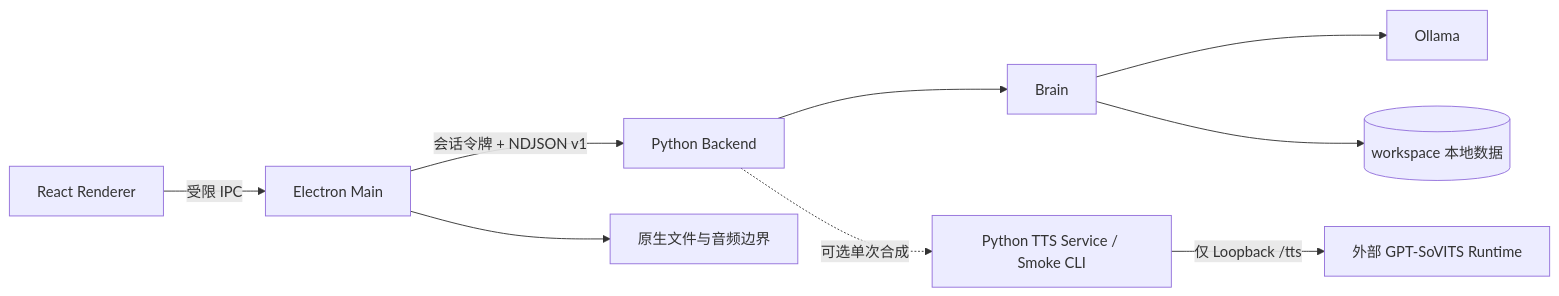
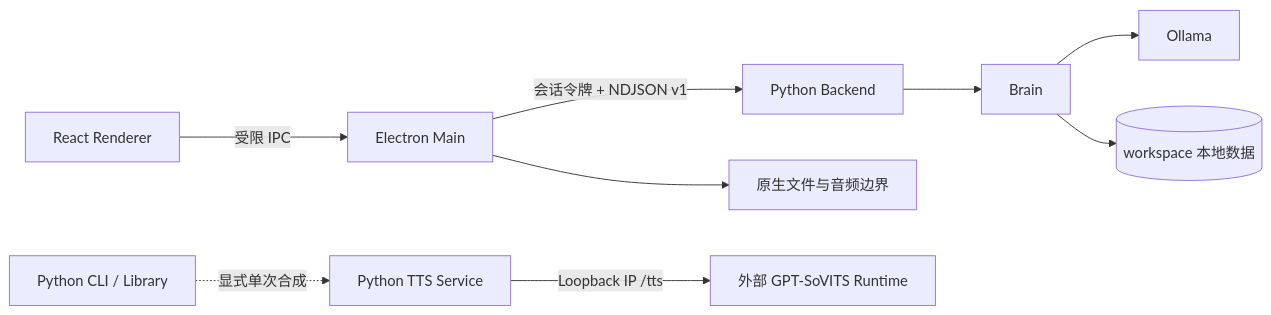
Before and after one commit to ActorF/Elysia_AI: the diagram in README.md, drawn with Mermaid. The commit also changed other lines of this file and 4 other files, not shown here.

````diff
--- a/README.md
+++ b/README.md
@@ -68,11 +68,11 @@
 ```mermaid
 flowchart LR
     R[React Renderer] -->|受限 IPC| E[Electron Main]
     E -->|会话令牌 + NDJSON v1| P[Python Backend]
     P --> B[Brain]
     B --> O[Ollama]
     B --> D[(workspace 本地数据)]
-    P -. 可选单次合成 .-> T[Python TTS Service / Smoke CLI]
-    T -->|仅 Loopback /tts| G[外部 GPT-SoVITS Runtime]
+    C[Python CLI / Library] -. 显式单次合成 .-> T[Python TTS Service]
+    T -->|Loopback IP /tts| G[外部 GPT-SoVITS Runtime]
     E --> H[原生文件与音频边界]
 ```
````
